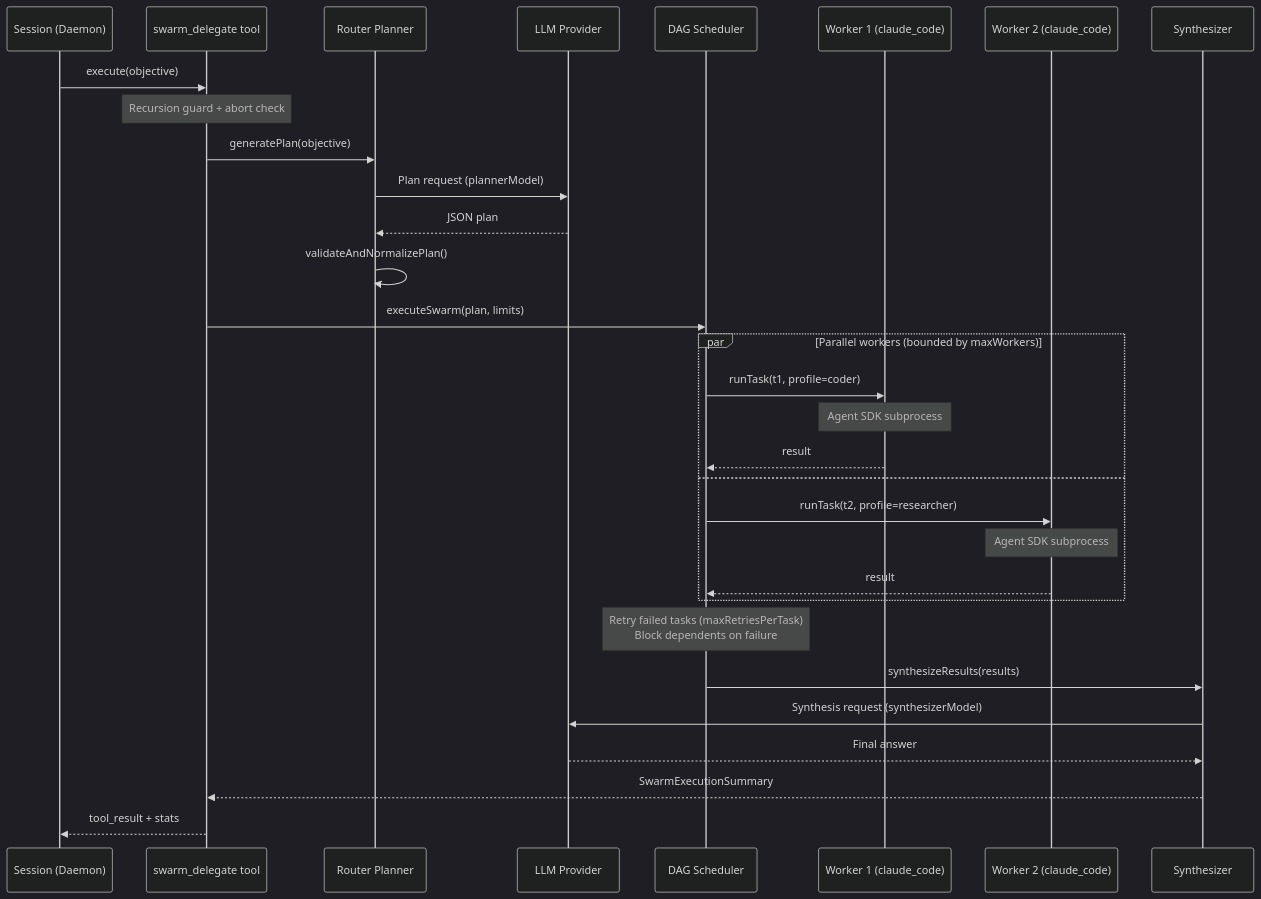
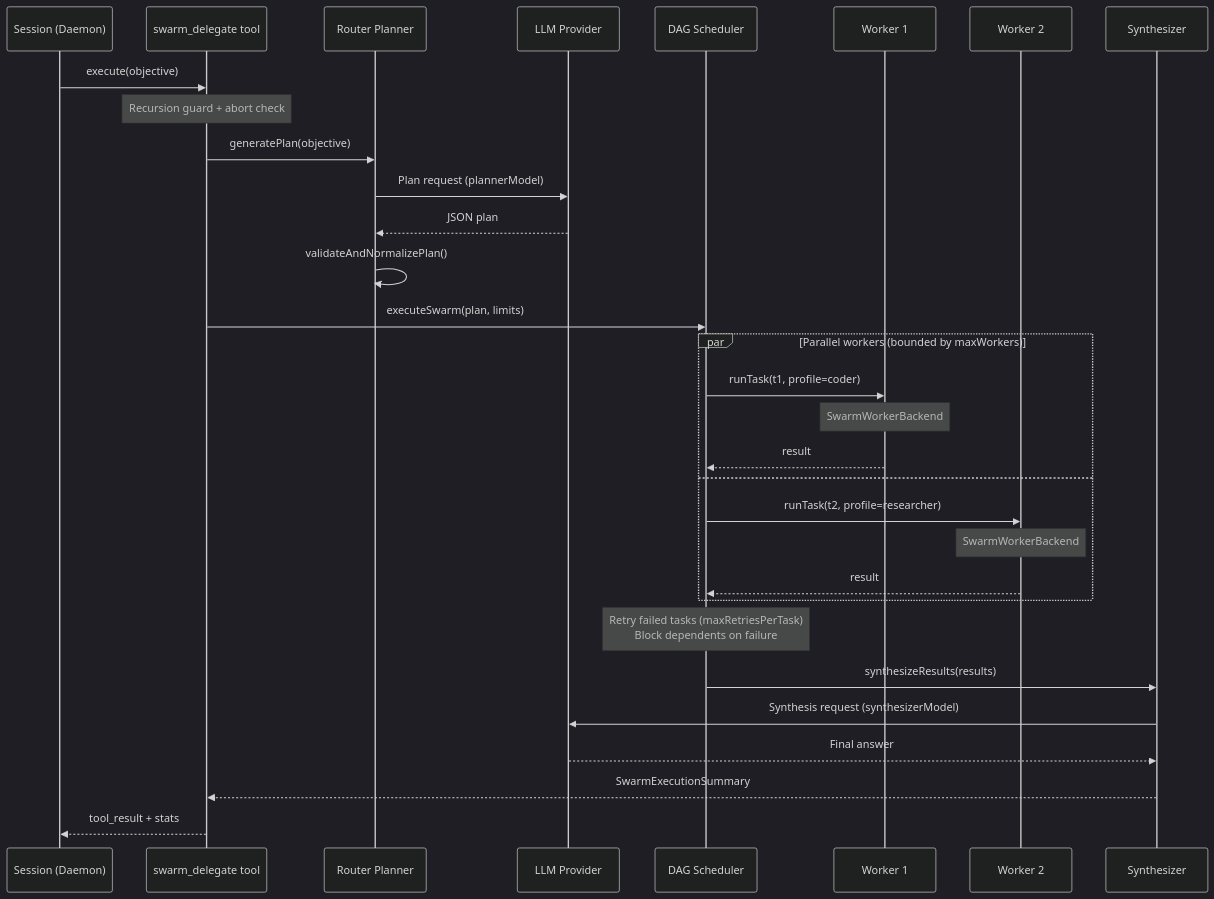
One commit to vellum-ai/vellum-assistant changed diagram 15 of 18 in assistant/ARCHITECTURE.md. Above: the diagram before and after it, drawn with Mermaid (dark theme). The commit also changed other lines of this file, not shown here.

Commit message:
fix: remove claude-code references from ARCHITECTURE.md

````diff
--- a/assistant/ARCHITECTURE.md
+++ b/assistant/ARCHITECTURE.md
@@ -1595,39 +1594,39 @@
 ```mermaid
 sequenceDiagram
     participant Session as Session (Daemon)
     participant Tool as swarm_delegate tool
     participant Planner as Router Planner
     participant LLM as LLM Provider
     participant Scheduler as DAG Scheduler
-    participant W1 as Worker 1 (claude_code)
-    participant W2 as Worker 2 (claude_code)
+    participant W1 as Worker 1
+    participant W2 as Worker 2
     participant Synth as Synthesizer
 
     Session->>Tool: execute(objective)
     Note over Tool: Recursion guard + abort check
 
     Tool->>Planner: generatePlan(objective)
     Planner->>LLM: Plan request (plannerModel)
     LLM-->>Planner: JSON plan
     Planner->>Planner: validateAndNormalizePlan()
 
     Tool->>Scheduler: executeSwarm(plan, limits)
 
     par Parallel workers (bounded by maxWorkers)
         Scheduler->>W1: runTask(t1, profile=coder)
-        Note over W1: Agent SDK subprocess
+        Note over W1: SwarmWorkerBackend
         W1-->>Scheduler: result
     and
         Scheduler->>W2: runTask(t2, profile=researcher)
-        Note over W2: Agent SDK subprocess
+        Note over W2: SwarmWorkerBackend
         W2-->>Scheduler: result
     end
 
     Note over Scheduler: Retry failed tasks (maxRetriesPerTask)<br/>Block dependents on failure
 
     Scheduler->>Synth: synthesizeResults(results)
     Synth->>LLM: Synthesis request (synthesizerModel)
     LLM-->>Synth: Final answer
     Synth-->>Tool: SwarmExecutionSummary
     Tool-->>Session: tool_result + stats
 ```
````
